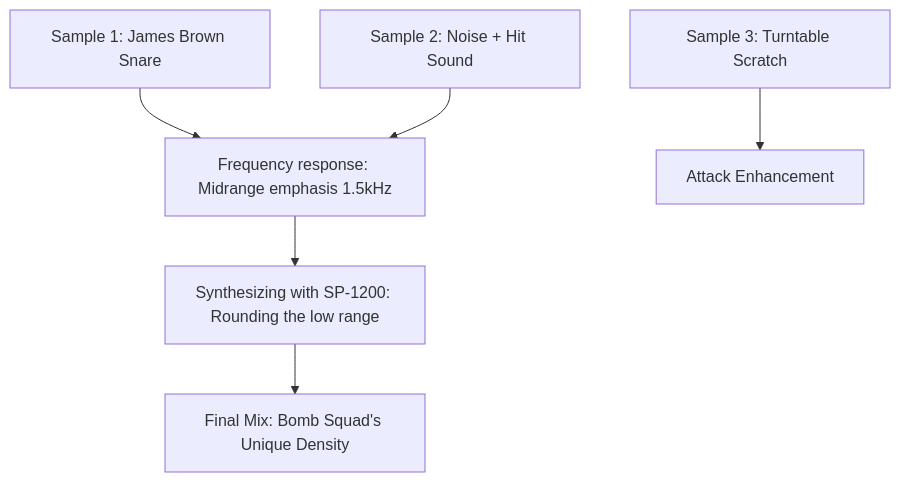
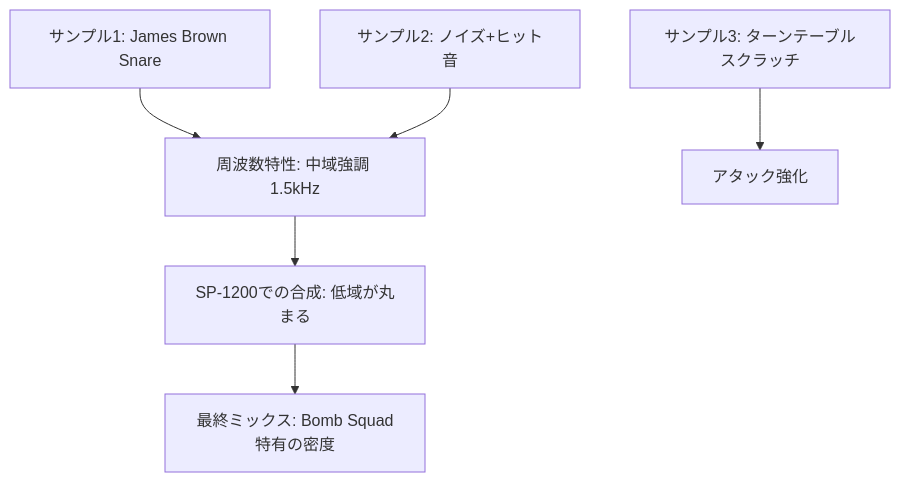
Diagram 11 of 21 in en/_posts/2025-11-20-column-akai-mpc-60-emu-sp1200.md (monumental-movement/monumental-movement.github.io), drawn with Mermaid before and after one commit. The commit also changed other lines of this file and 2196 other files, not shown here.

```diff
--- a/en/_posts/2025-11-20-column-akai-mpc-60-emu-sp1200.md
+++ b/en/_posts/2025-11-20-column-akai-mpc-60-emu-sp1200.md
@@ -379,10 +379,10 @@
 <div class="mermaid">
     
 flowchart TD
-    A["Sample 1: James Brown Snare"] --> D["Frequency response: Midrange emphasis 1.5kHz"]
-    B["Sample 2: Noise + Hit Sound"] --> D
-    C["Sample 3: Turntable Scratch"] --> E["Attack Enhancement"]
-    D --> F["Synthesizing with SP-1200: Rounding the low range"]
-    F --> G["Final Mix: Bomb Squad's Unique Density"]
+    A["サンプル1: James Brown Snare"] --> D["周波数特性: 中域強調 1.5kHz"]
+    B["サンプル2: ノイズ+ヒット音"] --> D
+    C["サンプル3: ターンテーブルスクラッチ"] --> E["アタック強化"]
+    D --> F["SP-1200での合成: 低域が丸まる"]
+    F --> G["最終ミックス: Bomb Squad特有の密度"]
 
 </div> 
```
